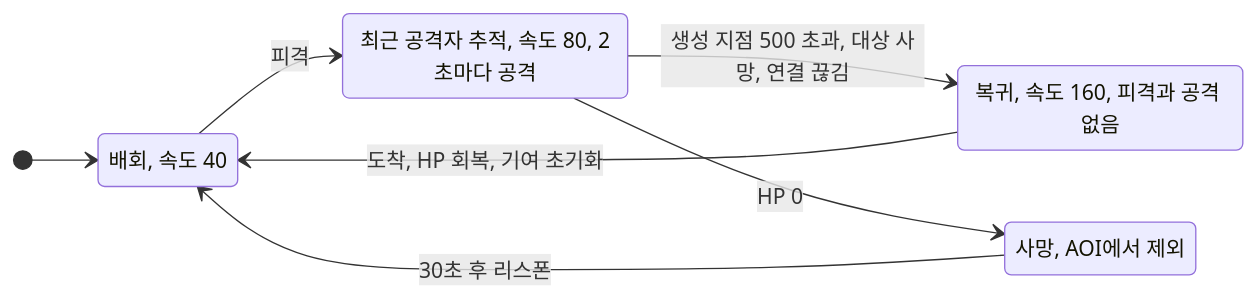
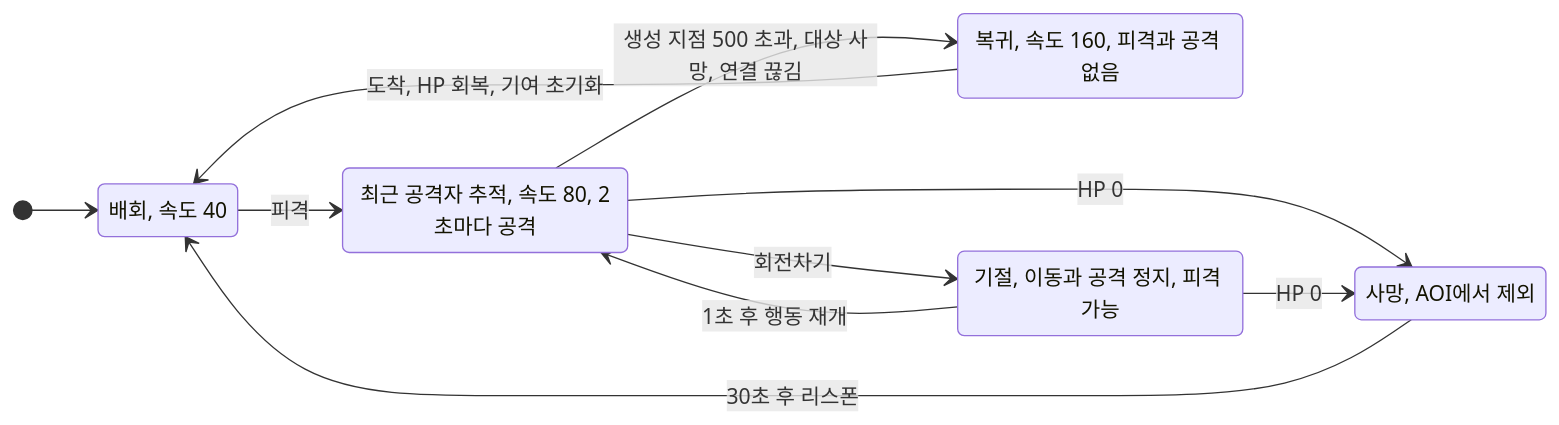
One commit to Dongs9/try_mmo_server changed the diagram in docs/diagrams/src/flow-slime.mmd. Above: the diagram before and after it, drawn with Mermaid. The commit also changed 29 other files, not shown here.

```diff
--- a/docs/diagrams/src/flow-slime.mmd
+++ b/docs/diagrams/src/flow-slime.mmd
@@ -1,13 +1,17 @@
 stateDiagram-v2
     direction LR
     [*] --> Wander
     Wander --> Chase : 피격
     Chase --> Return : 생성 지점 500 초과, 대상 사망, 연결 끊김
     Chase --> Dead : HP 0
+    Chase --> Stunned : 회전차기
+    Stunned --> Chase : 1초 후 행동 재개
+    Stunned --> Dead : HP 0
     Return --> Wander : 도착, HP 회복, 기여 초기화
     Dead --> Wander : 30초 후 리스폰
 
     Wander : 배회, 속도 40
     Chase : 최근 공격자 추적, 속도 80, 2초마다 공격
     Return : 복귀, 속도 160, 피격과 공격 없음
     Dead : 사망, AOI에서 제외
+    Stunned : 기절, 이동과 공격 정지, 피격 가능
```
